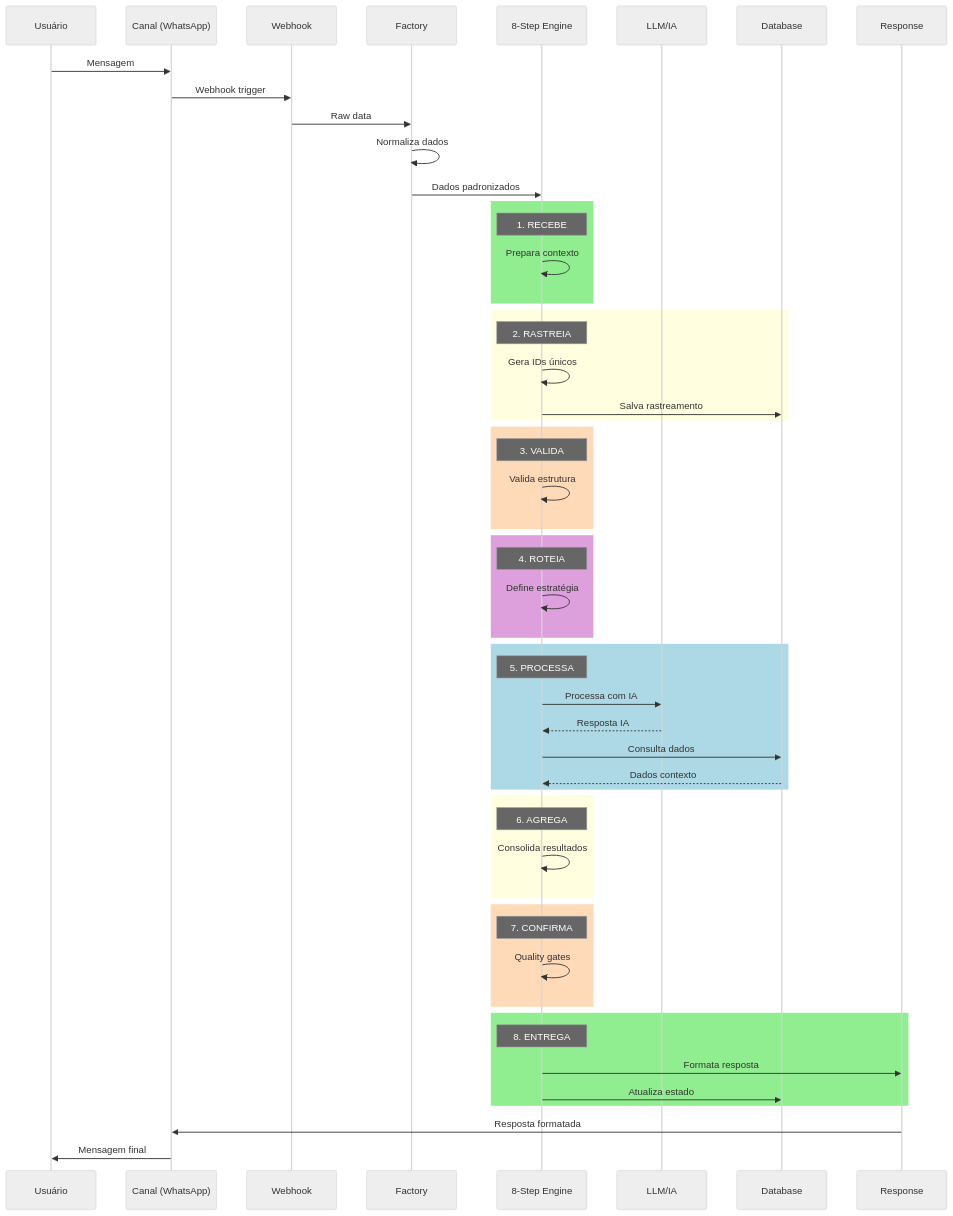
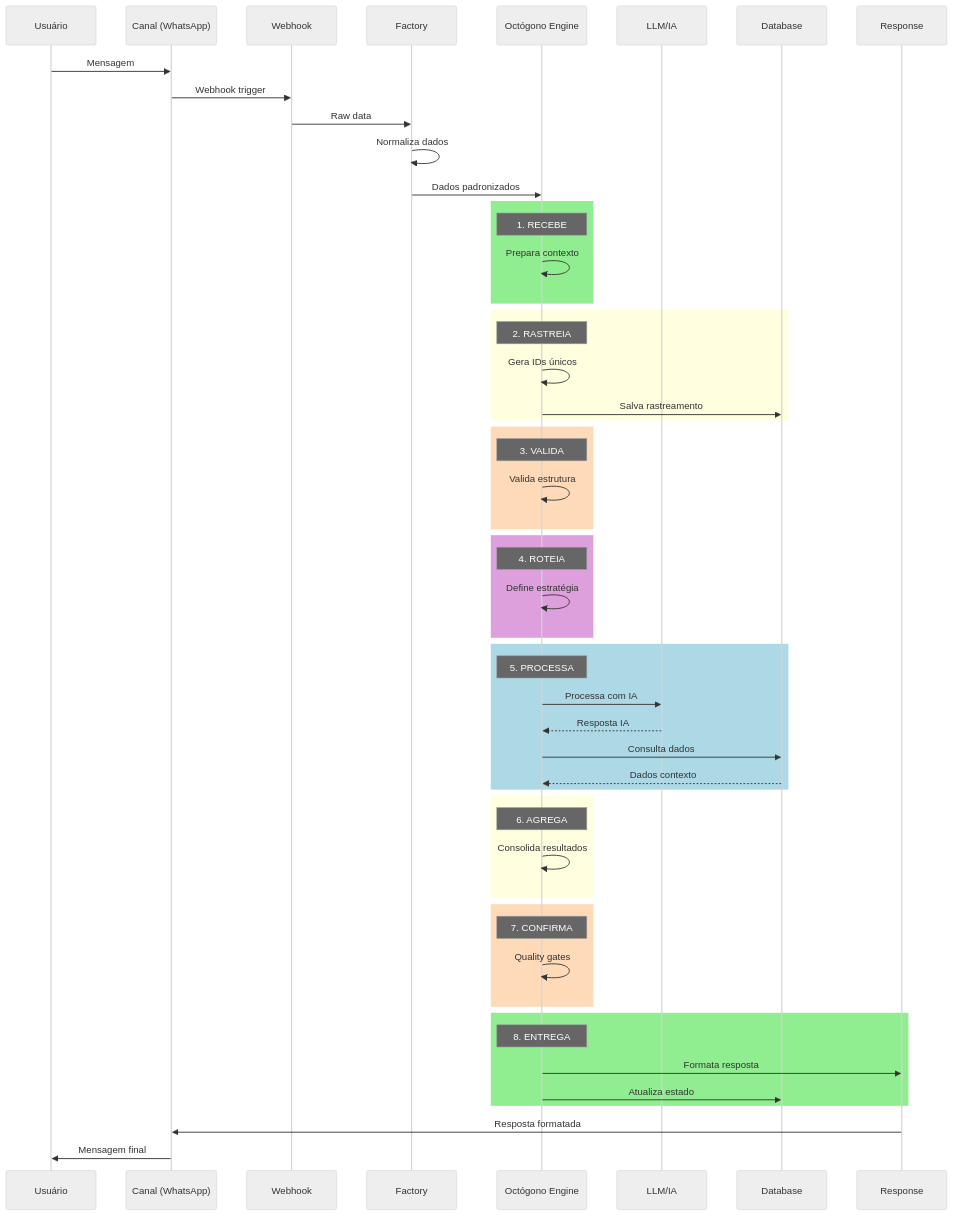
The fifth of 10 diagrams in protocolo/ARQUITETURA-MERMAID.md (Bitfy-AI/documentacao), drawn with Mermaid (neutral theme) before and after one commit. The commit also changed other lines of this file and 20 other files, not shown here.

````diff
--- a/protocolo/ARQUITETURA-MERMAID.md
+++ b/protocolo/ARQUITETURA-MERMAID.md
@@ -204,65 +204,65 @@
 ```mermaid
 sequenceDiagram
     participant U as Usuário
     participant C as Canal (WhatsApp)
     participant W as Webhook
     participant F as Factory
-    participant E as 8-Step Engine
+    participant E as Octógono Engine
     participant AI as LLM/IA
     participant DB as Database
     participant R as Response
 
     U->>C: Mensagem
     C->>W: Webhook trigger
     W->>F: Raw data
     F->>F: Normaliza dados
     F->>E: Dados padronizados
 
     rect rgb(144, 238, 144)
         Note over E: 1. RECEBE
         E->>E: Prepara contexto
     end
 
     rect rgb(255, 255, 224)
         Note over E: 2. RASTREIA
         E->>E: Gera IDs únicos
         E->>DB: Salva rastreamento
     end
 
     rect rgb(255, 218, 185)
         Note over E: 3. VALIDA
         E->>E: Valida estrutura
     end
 
     rect rgb(221, 160, 221)
         Note over E: 4. ROTEIA
         E->>E: Define estratégia
     end
 
     rect rgb(173, 216, 230)
         Note over E: 5. PROCESSA
         E->>AI: Processa com IA
         AI-->>E: Resposta IA
         E->>DB: Consulta dados
         DB-->>E: Dados contexto
     end
 
     rect rgb(255, 255, 224)
         Note over E: 6. AGREGA
         E->>E: Consolida resultados
     end
 
     rect rgb(255, 218, 185)
         Note over E: 7. CONFIRMA
         E->>E: Quality gates
     end
 
     rect rgb(144, 238, 144)
         Note over E: 8. ENTREGA
         E->>R: Formata resposta
         E->>DB: Atualiza estado
     end
 
     R->>C: Resposta formatada
     C->>U: Mensagem final
 ```
````
